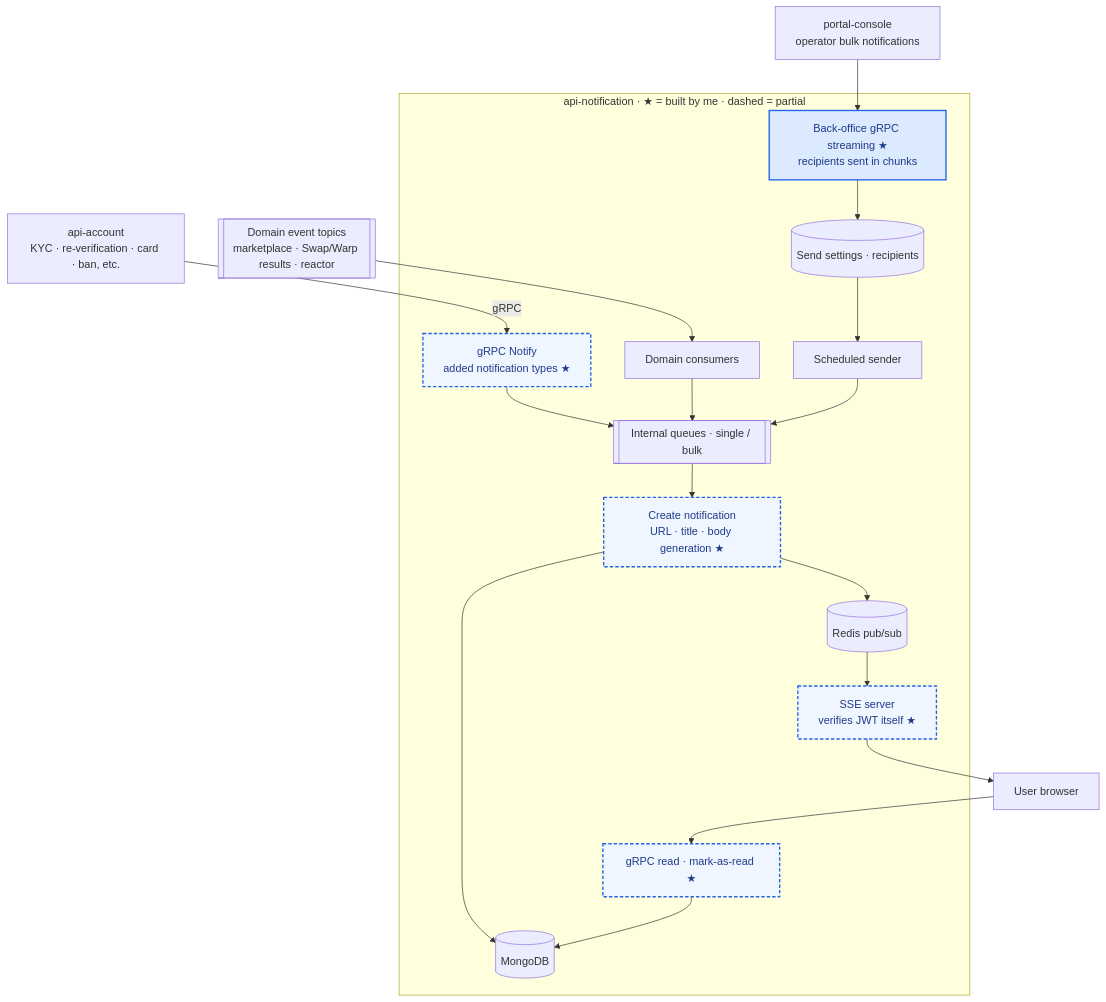
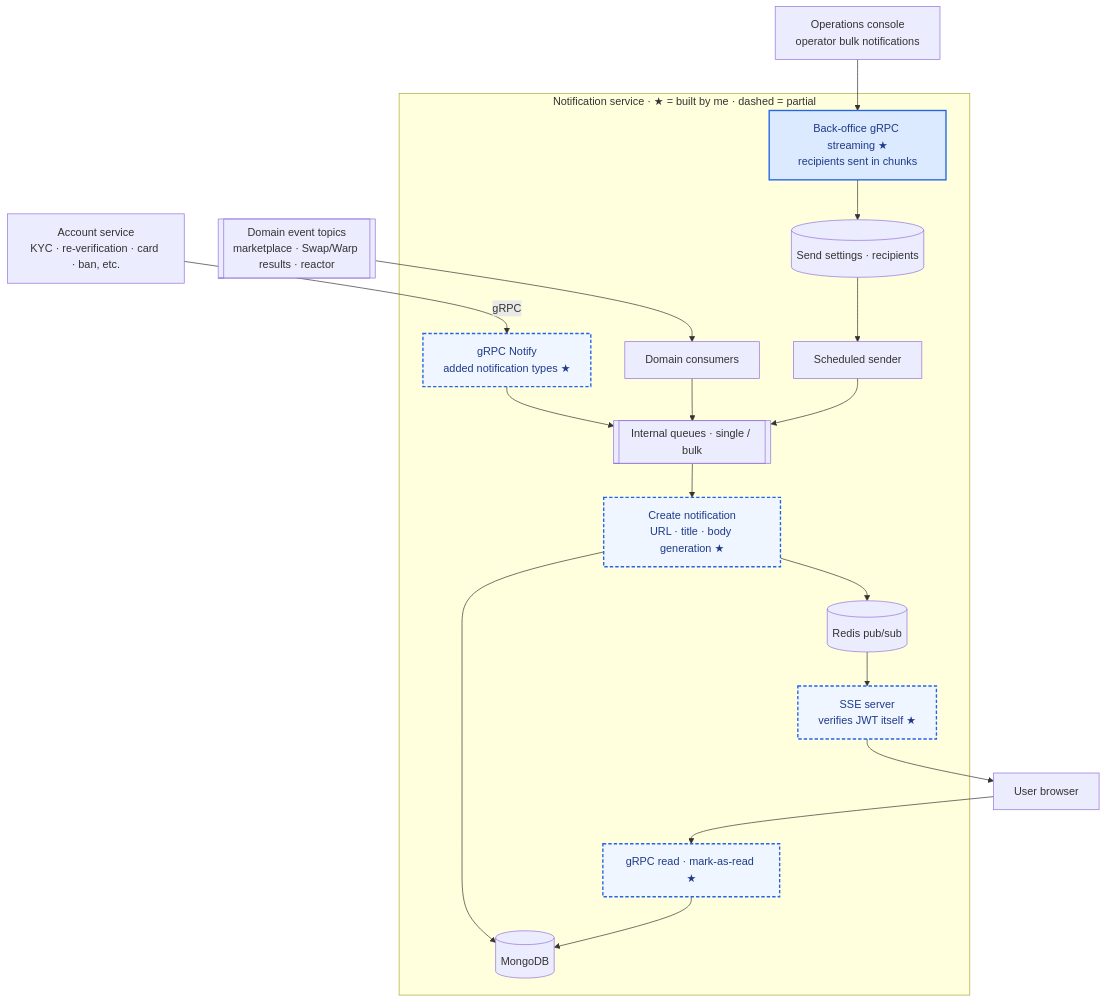
The diagram in content/diagrams/notification.en.mmd (shalwxy/career), drawn with Mermaid before and after one commit. The commit also changed 24 other files, not shown here.

```diff
--- a/content/diagrams/notification.en.mmd
+++ b/content/diagrams/notification.en.mmd
@@ -1,29 +1,29 @@
 %% title: Unified notifications — SSE and bulk-recipient streaming
 flowchart TB
-    AC[api-account<br/>KYC · re-verification · card · ban, etc.]
+    AC[Account service<br/>KYC · re-verification · card · ban, etc.]
     K[[Domain event topics<br/>marketplace · Swap/Warp results · reactor]]
-    CON[portal-console<br/>operator bulk notifications]
-    subgraph NT["api-notification · ★ = built by me · dashed = partial"]
+    CON[Operations console<br/>operator bulk notifications]
+    subgraph NT["Notification service · ★ = built by me · dashed = partial"]
         G1["gRPC Notify<br/>added notification types ★"]
         C[Domain consumers]
         Q[[Internal queues · single / bulk]]
         CR["Create notification<br/>URL · title · body generation ★"]
         DB[(MongoDB)]
         PS[(Redis pub/sub)]
         SSE["SSE server<br/>verifies JWT itself ★"]
         G["gRPC read · mark-as-read ★"]
         ST["Back-office gRPC streaming ★<br/>recipients sent in chunks"]
         SCH[Scheduled sender]
         RDB[(Send settings · recipients)]
     end
     U[User browser]
     AC -- gRPC --> G1 --> Q
     K --> C --> Q
     Q --> CR --> DB
     CR --> PS --> SSE --> U
     U --> G --> DB
     CON --> ST --> RDB --> SCH --> Q
     classDef mine fill:#dbeafe,stroke:#2563eb,stroke-width:2px,color:#1e3a8a
     classDef part fill:#eff6ff,stroke:#2563eb,stroke-width:2px,stroke-dasharray:5 3,color:#1e3a8a
     class ST mine
     class G1,CR,SSE,G part
```
